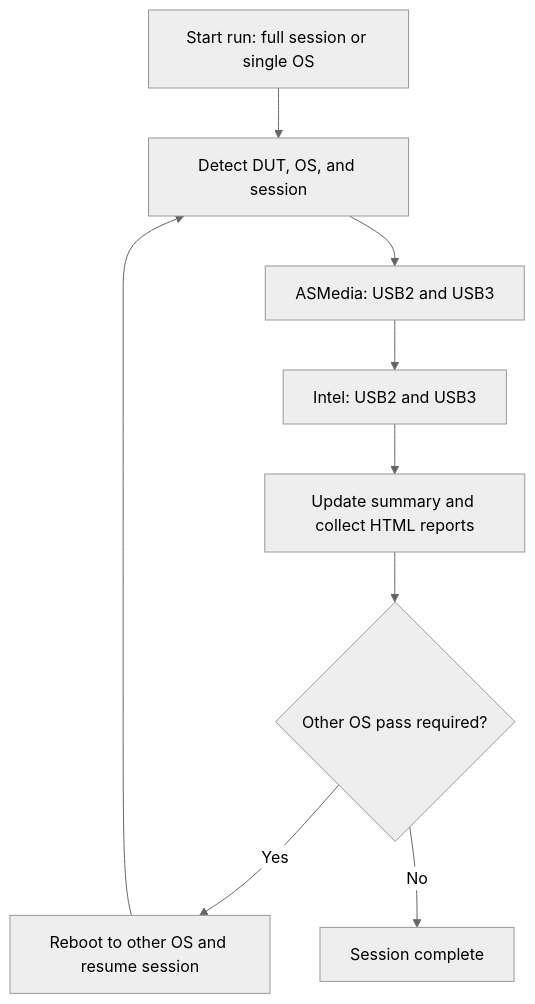
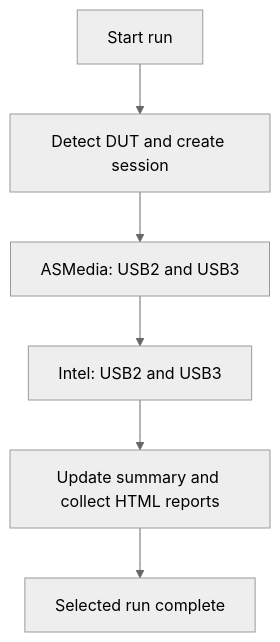
One commit to oswaltryan/usb-if-cv-suite-automator changed the diagram in README.md. Above: the diagram before and after it, drawn with Mermaid (neutral theme). The commit also changed other lines of this file and 11 other files, not shown here.

````diff
--- a/README.md
+++ b/README.md
@@ -27,11 +27,8 @@
 ```mermaid
 flowchart TD
-  A["Start run: full session or single OS"] --> B["Detect DUT, OS, and session"]
+  A["Start run"] --> B["Detect DUT and create session"]
   B --> C["ASMedia: USB2 and USB3"]
   C --> E["Intel: USB2 and USB3"]
   E --> G["Update summary and collect HTML reports"]
-  G --> H{"Other OS pass required?"}
-  H -->|Yes| I["Reboot to other OS and resume session"]
-  I --> B
-  H -->|No| K["Session complete"]
+  G --> H["Selected run complete"]
 ```
````
